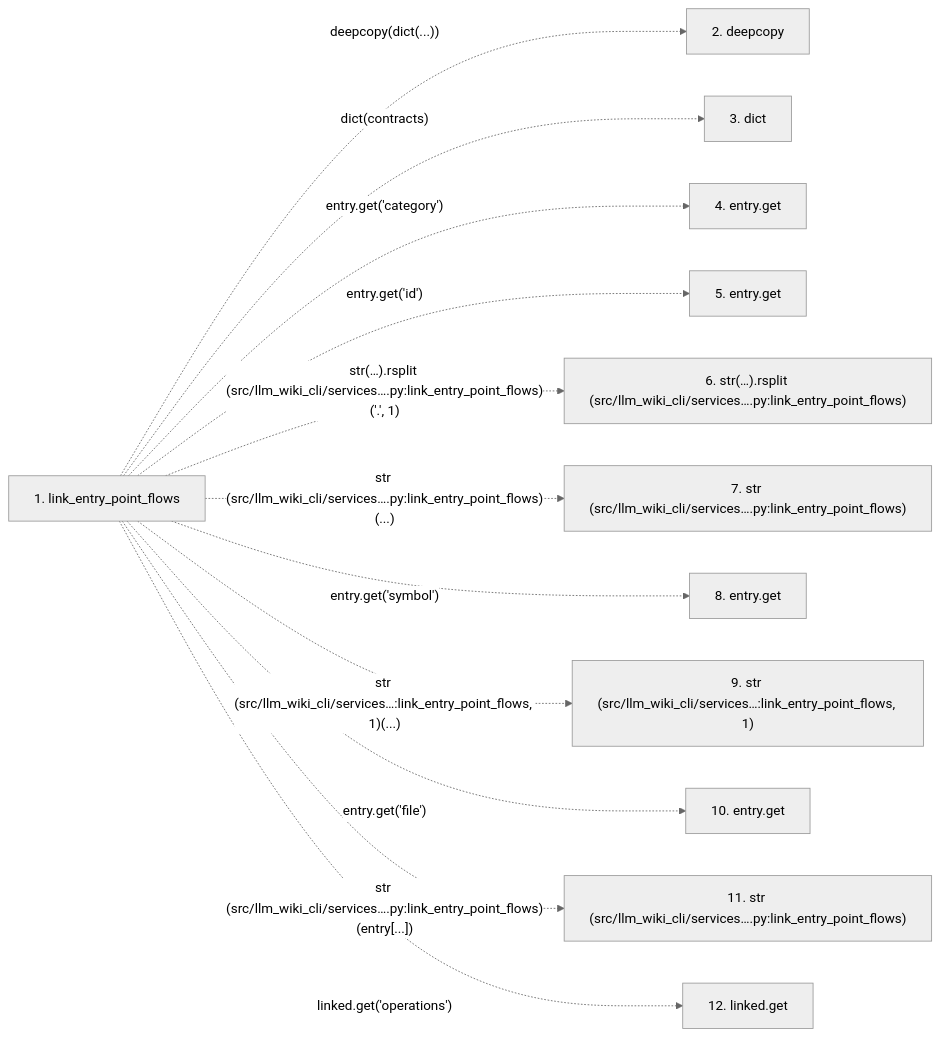
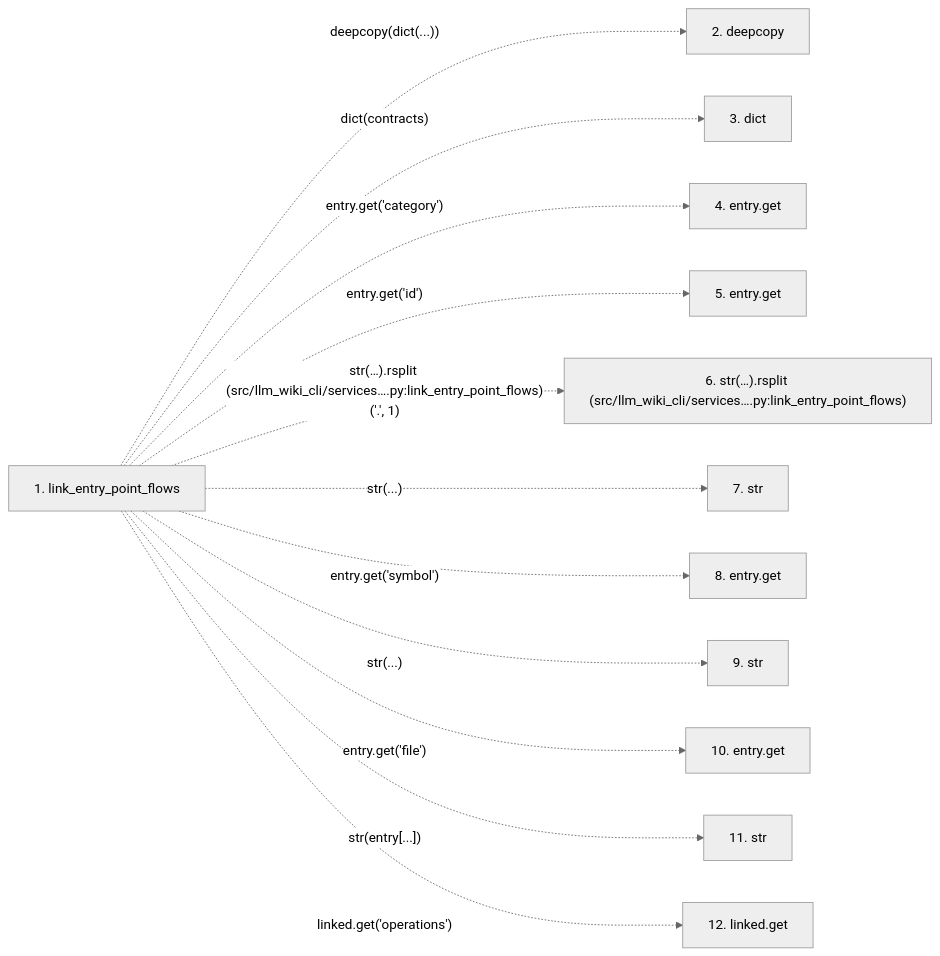
One commit to Denissvgn/python-wiki-llm changed the second of 2 diagrams in docs/llm_wiki/flows/api-link_entry_point_flows.md. Above: the diagram before and after it, drawn with Mermaid (neutral theme). The commit also changed other lines of this file and 554 other files, not shown here.

````diff
--- a/docs/llm_wiki/flows/api-link_entry_point_flows.md
+++ b/docs/llm_wiki/flows/api-link_entry_point_flows.md
@@ -58,27 +57,27 @@
 ```mermaid
 flowchart LR
     s1["1. link_entry_point_flows"]
     s2["2. deepcopy"]
     s3["3. dict"]
     s4["4. entry.get"]
     s5["5. entry.get"]
     s6["6. str(…).rsplit (src/llm_wiki_cli/services….py:link_entry_point_flows)"]
-    s7["7. str (src/llm_wiki_cli/services….py:link_entry_point_flows)"]
+    s7["7. str"]
     s8["8. entry.get"]
-    s9["9. str (src/llm_wiki_cli/services…:link_entry_point_flows, 1)"]
+    s9["9. str"]
     s10["10. entry.get"]
-    s11["11. str (src/llm_wiki_cli/services….py:link_entry_point_flows)"]
+    s11["11. str"]
     s12["12. linked.get"]
     s1 -. "deepcopy(dict(...))" .-> s2
     s1 -. "dict(contracts)" .-> s3
     s1 -. "entry.get('category')" .-> s4
     s1 -. "entry.get('id')" .-> s5
     s1 -. "str(…).rsplit (src/llm_wiki_cli/services….py:link_entry_point_flows)('.', 1)" .-> s6
-    s1 -. "str (src/llm_wiki_cli/services….py:link_entry_point_flows)(...)" .-> s7
+    s1 -. "str(...)" .-> s7
     s1 -. "entry.get('symbol')" .-> s8
-    s1 -. "str (src/llm_wiki_cli/services…:link_entry_point_flows, 1)(...)" .-> s9
+    s1 -. "str(...)" .-> s9
     s1 -. "entry.get('file')" .-> s10
-    s1 -. "str (src/llm_wiki_cli/services….py:link_entry_point_flows)(entry[...])" .-> s11
+    s1 -. "str(entry[...])" .-> s11
     s1 -. "linked.get('operations')" .-> s12
     click s1 "../modules/api_contracts.md"
 ```
````
